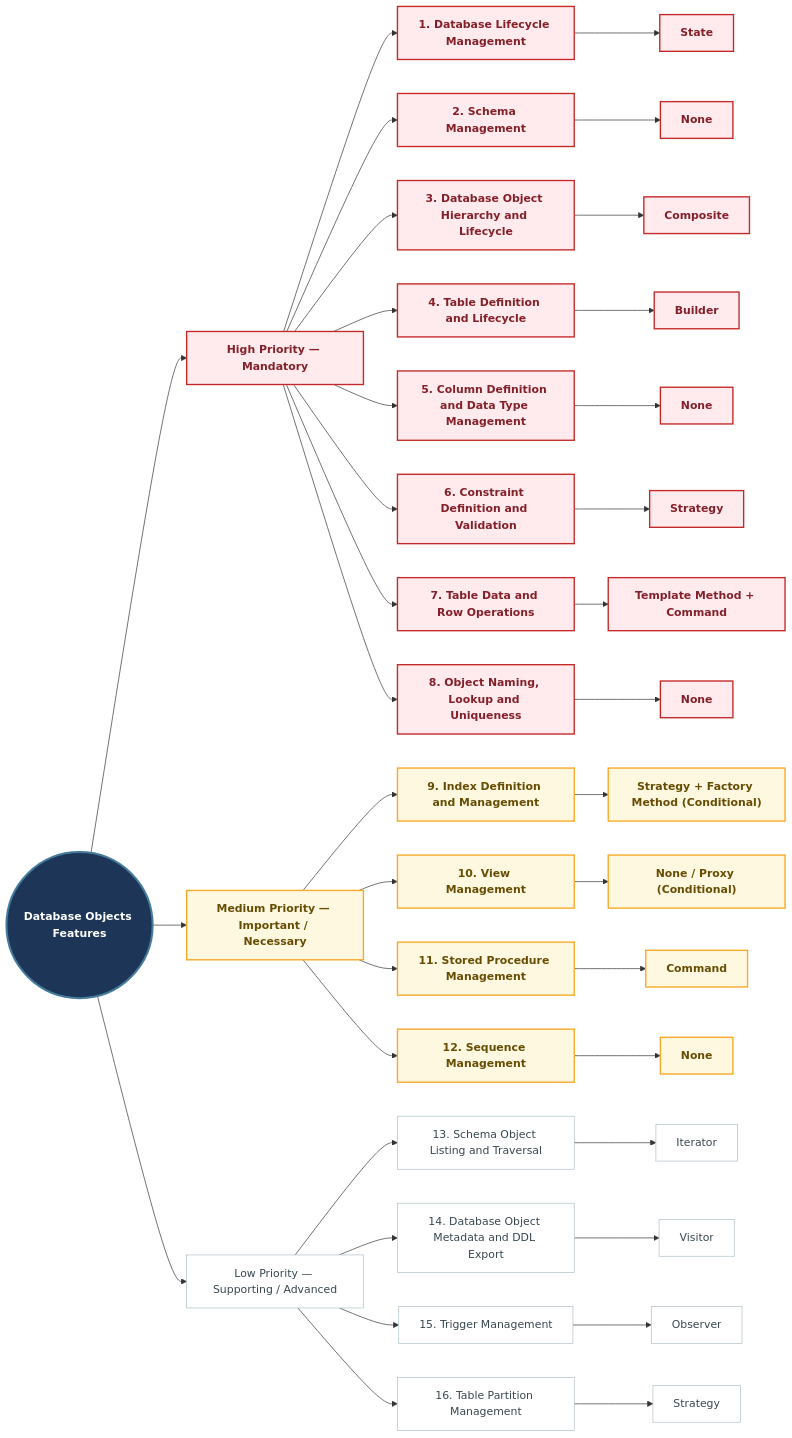
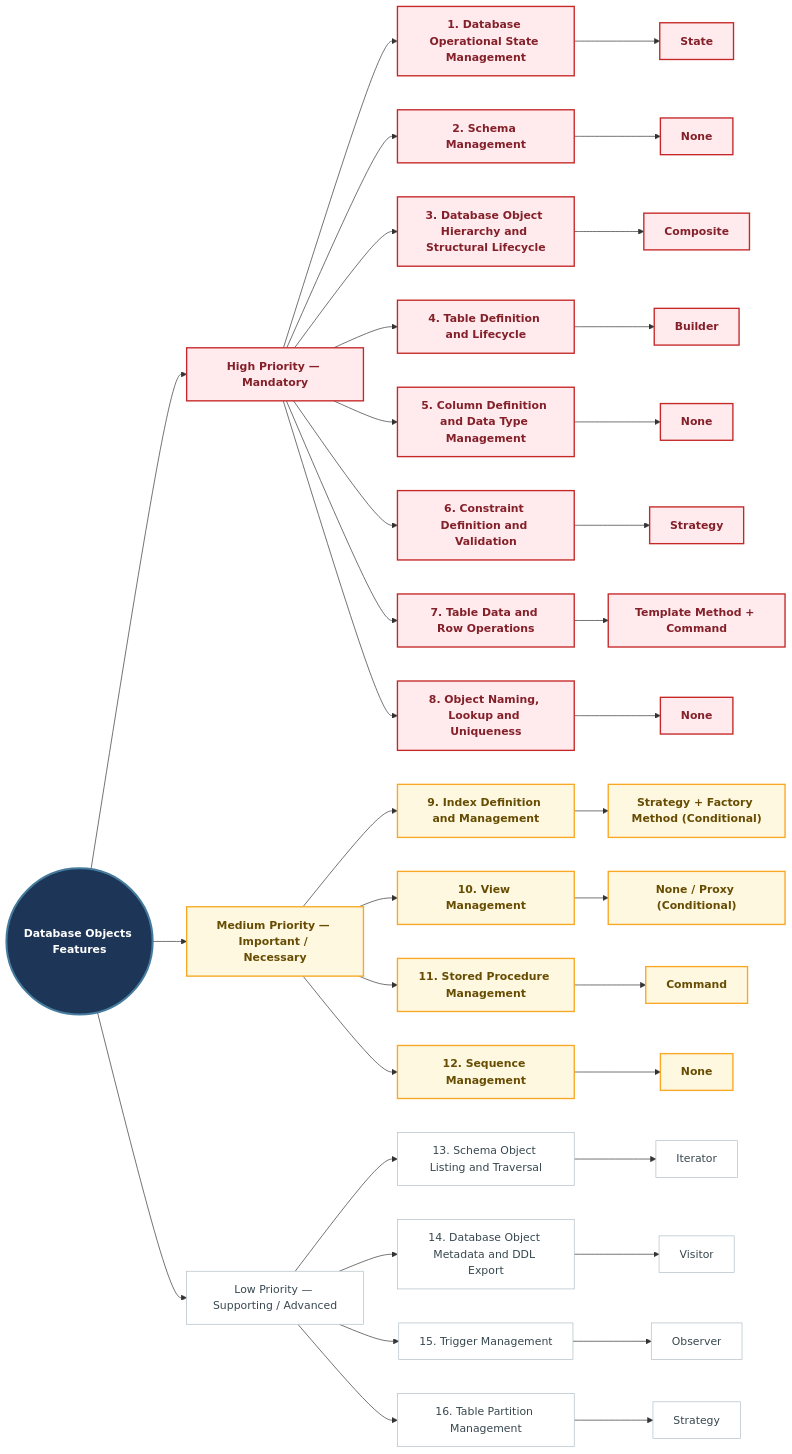
One commit to Huy1801214/dbms-architecture changed the first of 15 diagrams in docs/pattern/README.md. Above: the diagram before and after it, drawn with Mermaid. The commit also changed other lines of this file and 23 other files, not shown here.

Commit message:
implement indexing architecture with support for BTree, Hash, and Bitmap access methods

```diff
--- a/docs/pattern/README.md
+++ b/docs/pattern/README.md
@@ -17,13 +17,13 @@
     %% =====================================================
     %% HIGH-PRIORITY FEATURES
     %% =====================================================
-    H1["1. Database Lifecycle Management"]
+    H1["1. Database Operational State Management"]
     H1P["State"]
 
     H2["2. Schema Management"]
     H2P["None"]
 
-    H3["3. Database Object Hierarchy and Lifecycle"]
+    H3["3. Database Object Hierarchy and Structural Lifecycle"]
     H3P["Composite"]
 
     H4["4. Table Definition and Lifecycle"]
```
